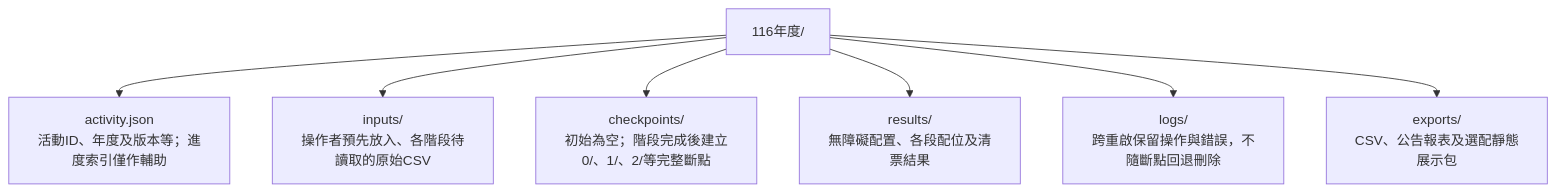
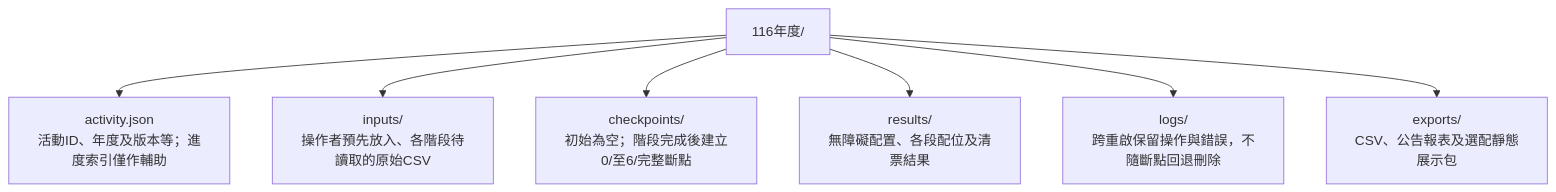
The first of 2 diagrams in doc/design/workspace-storage.md (Minazuki/parking), drawn with Mermaid before and after one commit. The commit also changed other lines of this file and 7 other files, not shown here.

````diff
--- a/doc/design/workspace-storage.md
+++ b/doc/design/workspace-storage.md
@@ -13,16 +13,16 @@
 ```mermaid
 flowchart TD
     t0["116年度/"]
     t1["activity.json<br/>活動ID、年度及版本等；進度索引僅作輔助"]
     t0 --> t1
     t2["inputs/<br/>操作者預先放入、各階段待讀取的原始CSV"]
     t0 --> t2
-    t3["checkpoints/<br/>初始為空；階段完成後建立0/、1/、2/等完整斷點"]
+    t3["checkpoints/<br/>初始為空；階段完成後建立0/至6/完整斷點"]
     t0 --> t3
     t4["results/<br/>無障礙配置、各段配位及清票結果"]
     t0 --> t4
     t5["logs/<br/>跨重啟保留操作與錯誤，不隨斷點回退刪除"]
     t0 --> t5
     t6["exports/<br/>CSV、公告報表及選配靜態展示包"]
     t0 --> t6
 ```
````
